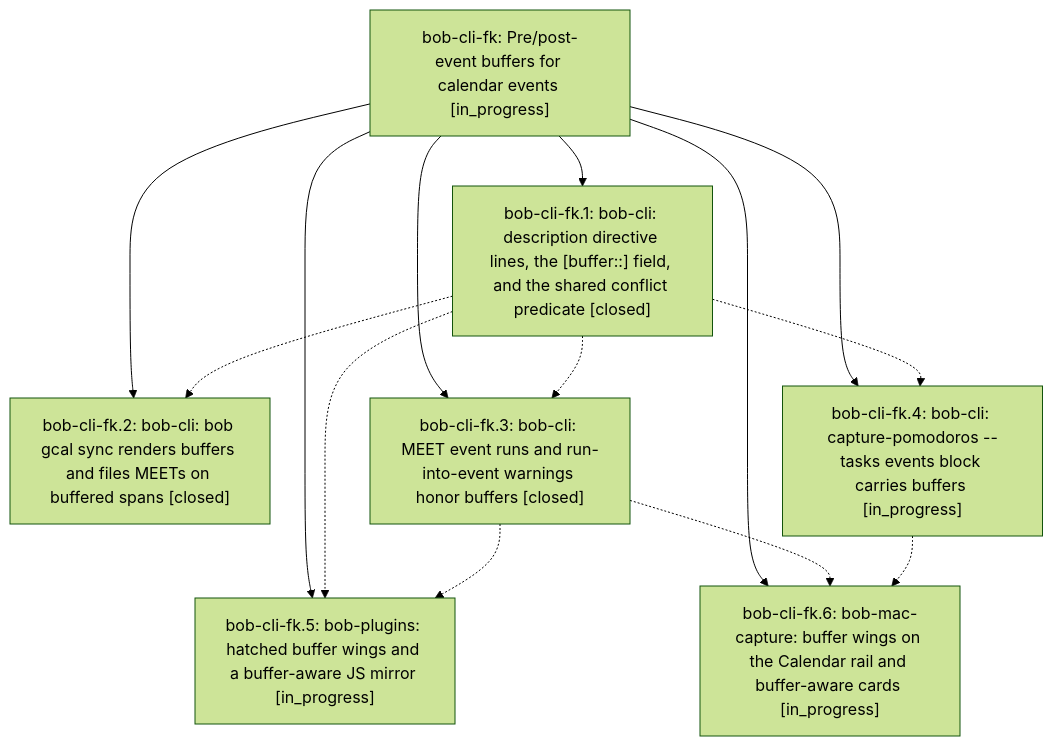
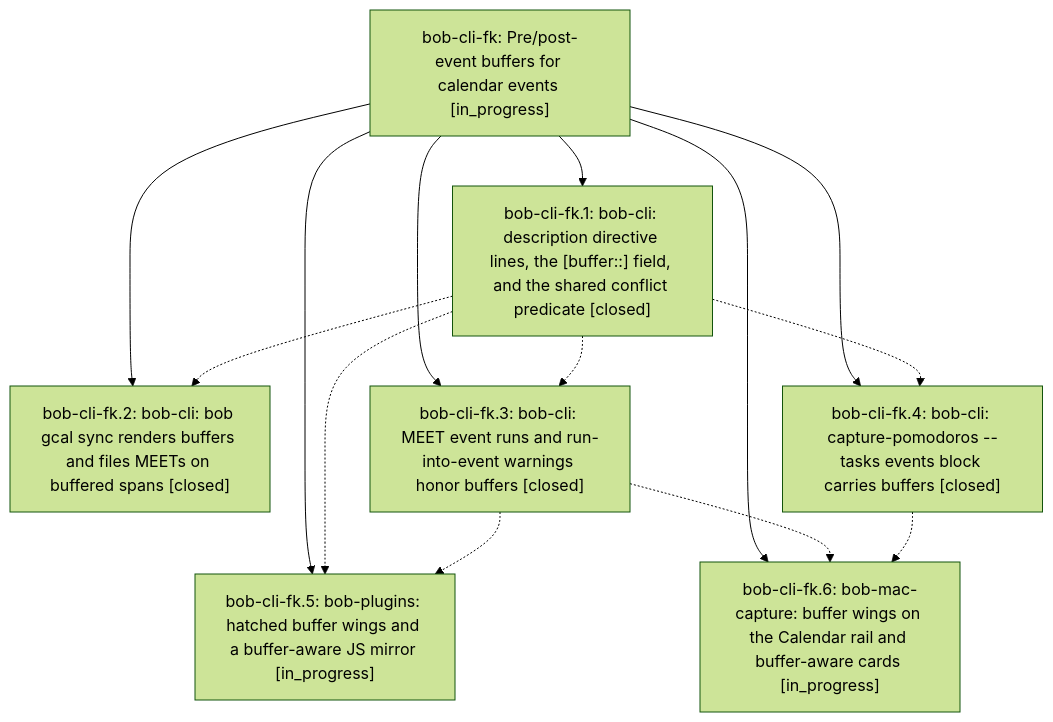
The diagram in pages/bob-cli-fk/README.md (bobs-org/bob-cli--beads), drawn with Mermaid (forest theme) before and after one commit. The commit also changed other lines of this file and 5 other files, not shown here.

First line of the commit message:
chore(beads): sync bead state and pages for bob-cli-fk

````diff
--- a/pages/bob-cli-fk/README.md
+++ b/pages/bob-cli-fk/README.md
@@ -39,23 +39,23 @@
 ```mermaid
 flowchart TD
     n0["bob-cli-fk: Pre/post-event buffers for calendar events [in_progress]"]
     n1["bob-cli-fk.1: bob-cli: description directive lines, the [buffer::] field, and the shared conflict predicate [closed]"]
     n2["bob-cli-fk.2: bob-cli: bob gcal sync renders buffers and files MEETs on buffered spans [closed]"]
     n3["bob-cli-fk.3: bob-cli: MEET event runs and run-into-event warnings honor buffers [closed]"]
-    n4["bob-cli-fk.4: bob-cli: capture-pomodoros --tasks events block carries buffers [in_progress]"]
+    n4["bob-cli-fk.4: bob-cli: capture-pomodoros --tasks events block carries buffers [closed]"]
     n5["bob-cli-fk.5: bob-plugins: hatched buffer wings and a buffer-aware JS mirror [in_progress]"]
     n6["bob-cli-fk.6: bob-mac-capture: buffer wings on the Calendar rail and buffer-aware cards [in_progress]"]
     n0 --> n1
     n0 --> n2
     n0 --> n3
     n0 --> n4
     n0 --> n5
     n0 --> n6
     n1 -.-> n2
     n1 -.-> n3
     n1 -.-> n4
     n1 -.-> n5
     n3 -.-> n5
     n3 -.-> n6
     n4 -.-> n6
 ```
````
